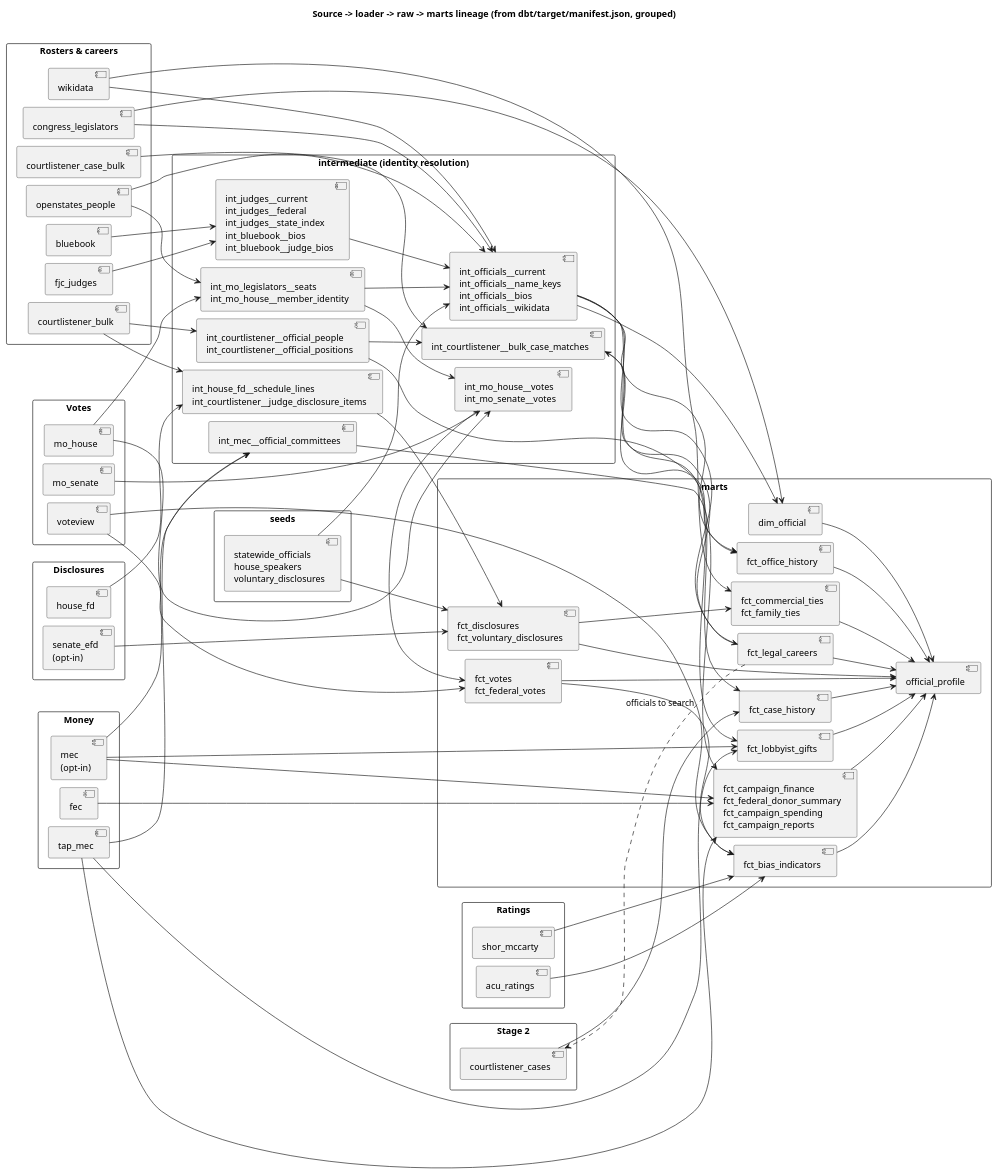
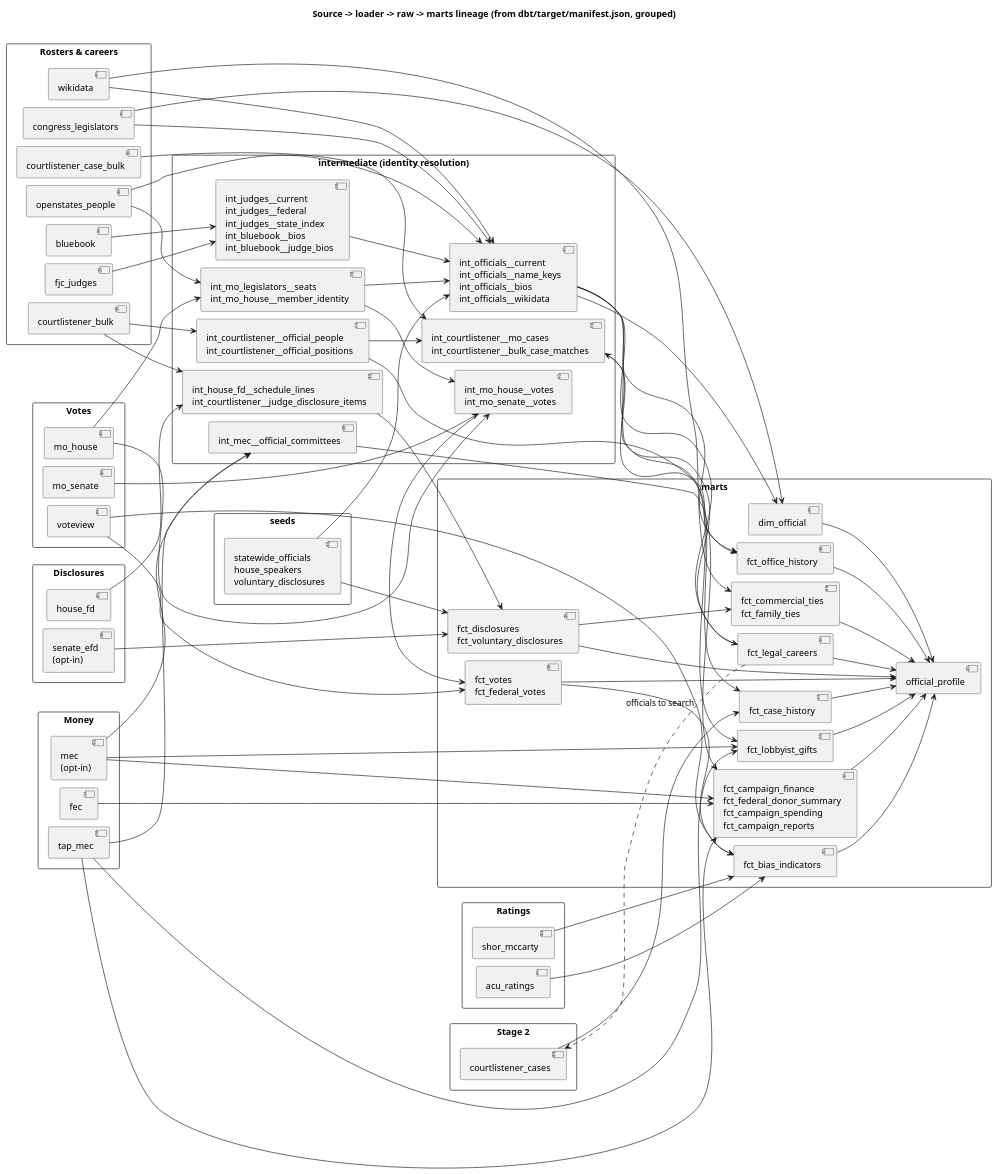
Before and after one commit to akettmann/missouri_gov_feed: the diagram in docs/diagrams/lineage.puml, drawn with PlantUML. The commit also changed 24 other files, not shown here.

```diff
--- a/docs/diagrams/lineage.puml
+++ b/docs/diagrams/lineage.puml
@@ -1,131 +1,131 @@
 @startuml lineage
 title Source -> loader -> raw -> marts lineage (from dbt/target/manifest.json, grouped)
 left to right direction
 skinparam packageStyle rectangle
 skinparam nodesep 12
 skinparam ranksep 60
 
 package "Rosters & careers" {
   [openstates_people] as L_os
   [congress_legislators] as L_cl
   [bluebook] as L_bb
   [fjc_judges] as L_fjc
   [courtlistener_bulk] as L_clb
   [courtlistener_case_bulk] as L_ccb
   [wikidata] as L_wd
 }
 package "Votes" {
   [mo_house] as L_moh
   [mo_senate] as L_mos
   [voteview] as L_vv
 }
 package "Money" {
   [fec] as L_fec
   [tap_mec] as L_tap
   [mec\n(opt-in)] as L_mec
 }
 package "Disclosures" {
   [house_fd] as L_hfd
   [senate_efd\n(opt-in)] as L_efd
 }
 package "Ratings" {
   [acu_ratings] as L_acu
   [shor_mccarty] as L_sm
 }
 package "Stage 2" {
   [courtlistener_cases] as L_cc
 }
 package "seeds" {
   [statewide_officials\nhouse_speakers\nvoluntary_disclosures] as SEEDS
 }
 
 package "intermediate (identity resolution)" {
   [int_officials__current\nint_officials__name_keys\nint_officials__bios\nint_officials__wikidata] as I_off
   [int_mo_legislators__seats\nint_mo_house__member_identity] as I_seats
   [int_mo_house__votes\nint_mo_senate__votes] as I_votes
   [int_judges__current\nint_judges__federal\nint_judges__state_index\nint_bluebook__bios\nint_bluebook__judge_bios] as I_judges
   [int_mec__official_committees] as I_mec
   [int_house_fd__schedule_lines\nint_courtlistener__judge_disclosure_items] as I_fd
   [int_courtlistener__official_people\nint_courtlistener__official_positions] as I_clpos
-  [int_courtlistener__bulk_case_matches] as I_cases
+  [int_courtlistener__mo_cases\nint_courtlistener__bulk_case_matches] as I_cases
 }
 
 package "marts" {
   [dim_official] as dim
   [fct_votes\nfct_federal_votes] as F_votes
   [fct_campaign_finance\nfct_federal_donor_summary\nfct_campaign_spending\nfct_campaign_reports] as F_money
   [fct_lobbyist_gifts] as F_gifts
   [fct_disclosures\nfct_voluntary_disclosures] as F_disc
   [fct_bias_indicators] as F_bias
   [fct_office_history] as F_office
   [fct_commercial_ties\nfct_family_ties] as F_ties
   [fct_legal_careers] as F_legal
   [fct_case_history] as F_cases
   [official_profile] as profile
 }
 
 L_os --> I_seats
 L_os --> I_off
 L_cl --> I_off
 L_cl --> dim
 L_bb --> I_judges
 L_fjc --> I_judges
 L_clb --> I_fd
 L_clb --> I_clpos
 L_wd --> I_off
 SEEDS --> I_off
 I_judges --> I_off
 I_seats --> I_off
 I_off --> dim
 
 L_moh --> I_seats
 L_moh --> I_votes
 L_mos --> I_votes
 I_seats --> I_votes
 I_votes --> F_votes
 L_vv --> F_votes
 L_vv --> F_bias
 
 L_fec --> F_money
 L_tap --> I_mec
 L_tap --> F_money
 L_tap --> F_gifts
 L_mec --> I_mec
 L_mec --> F_money
 L_mec --> F_gifts
 I_mec --> F_money
 I_off --> F_gifts
 
 L_hfd --> I_fd
 L_efd --> F_disc
 I_fd --> F_disc
 SEEDS --> F_disc
 
 L_acu --> F_bias
 L_sm --> F_bias
 F_votes --> F_bias
 
 I_off --> F_office
 I_clpos --> F_office
 L_wd --> F_ties
 F_disc --> F_ties
 I_off --> F_legal
 
 F_legal ..> L_cc : officials to search
 F_legal --> I_cases
 I_clpos --> I_cases
 L_ccb --> I_cases
 I_cases --> F_cases
 L_cc --> F_cases
 
 dim --> profile
 F_votes --> profile
 F_money --> profile
 F_gifts --> profile
 F_disc --> profile
 F_bias --> profile
 F_office --> profile
 F_ties --> profile
 F_legal --> profile
 F_cases --> profile
 @enduml
```
